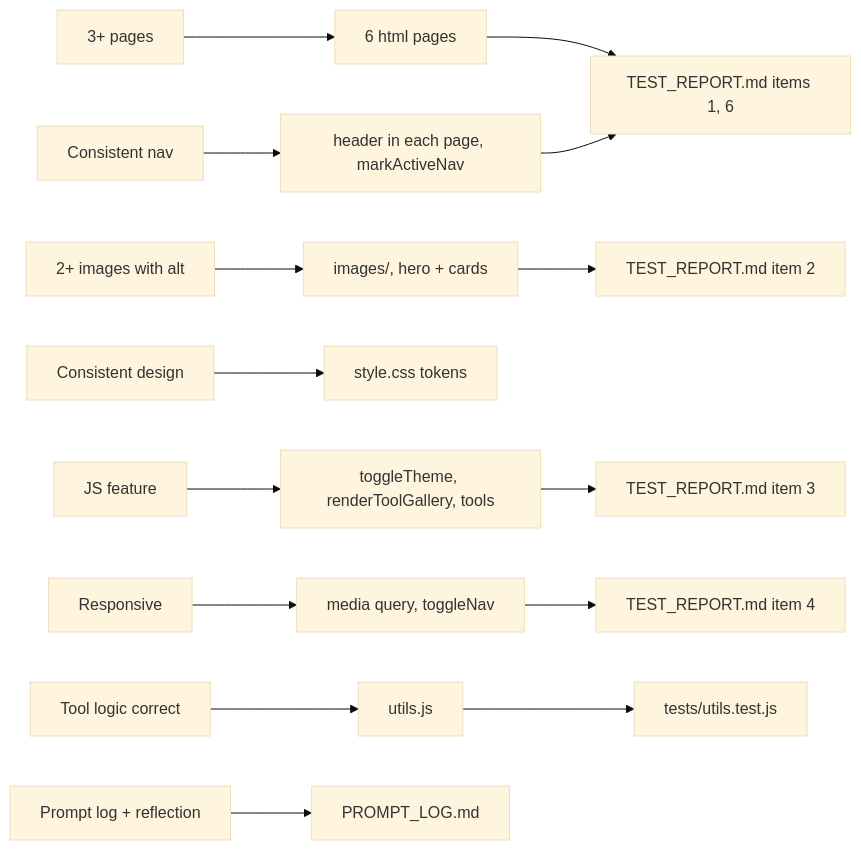
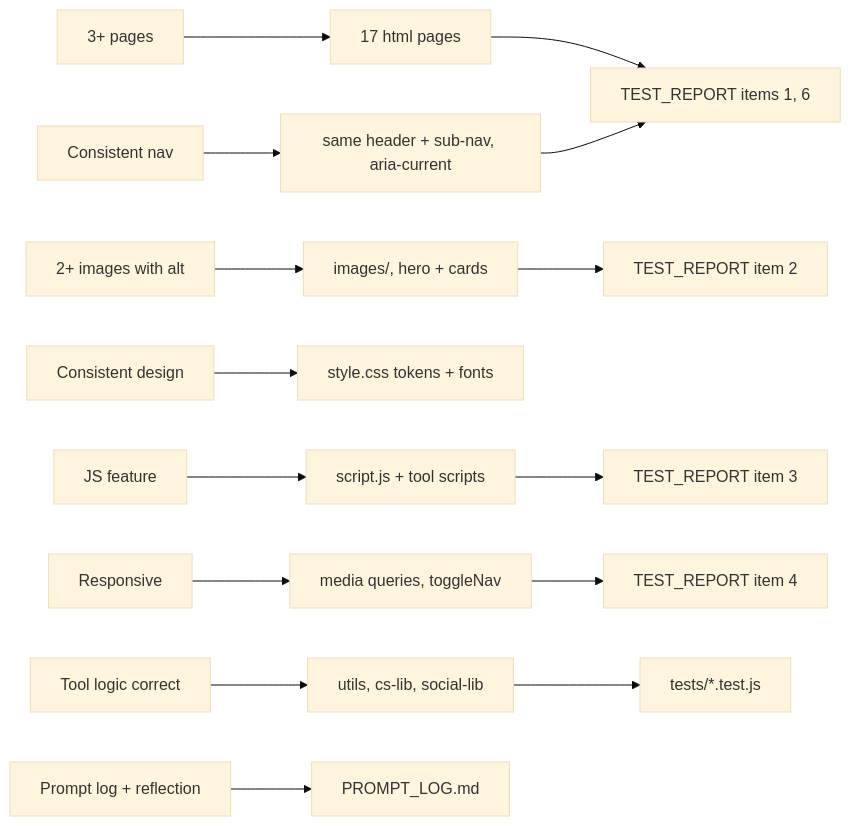
One commit to ChrisMedkit/CS-235-IntroToAI changed the ninth of 9 diagrams in DIAGRAM.md. Above: the diagram before and after it, drawn with Mermaid (base theme). The commit also changed other lines of this file and 57 other files, not shown here.

First line of the commit message:
Add theme, fonts, and Math/CS/Social sections

````diff
--- a/DIAGRAM.md
+++ b/DIAGRAM.md
@@ -124,16 +167,16 @@
 ```mermaid
 flowchart LR
-  R1["3+ pages"] --> C1["6 html pages"]
-  R2["Consistent nav"] --> C2["header in each page, markActiveNav"]
+  R1["3+ pages"] --> C1["17 html pages"]
+  R2["Consistent nav"] --> C2["same header + sub-nav, aria-current"]
   R3["2+ images with alt"] --> C3["images/, hero + cards"]
-  R4["Consistent design"] --> C4["style.css tokens"]
-  R5["JS feature"] --> C5["toggleTheme, renderToolGallery, tools"]
-  R6["Responsive"] --> C6["media query, toggleNav"]
-  R7["Tool logic correct"] --> C7["utils.js"]
-  C7 --> T1["tests/utils.test.js"]
-  C5 --> T2["TEST_REPORT.md item 3"]
-  C1 & C2 --> T3["TEST_REPORT.md items 1, 6"]
-  C6 --> T4["TEST_REPORT.md item 4"]
-  C3 --> T5["TEST_REPORT.md item 2"]
+  R4["Consistent design"] --> C4["style.css tokens + fonts"]
+  R5["JS feature"] --> C5["script.js + tool scripts"]
+  R6["Responsive"] --> C6["media queries, toggleNav"]
+  R7["Tool logic correct"] --> C7["utils, cs-lib, social-lib"]
+  C7 --> T1["tests/*.test.js"]
+  C5 --> T2["TEST_REPORT item 3"]
+  C1 & C2 --> T3["TEST_REPORT items 1, 6"]
+  C6 --> T4["TEST_REPORT item 4"]
+  C3 --> T5["TEST_REPORT item 2"]
   R8["Prompt log + reflection"] --> C8["PROMPT_LOG.md"]
 ```
````
